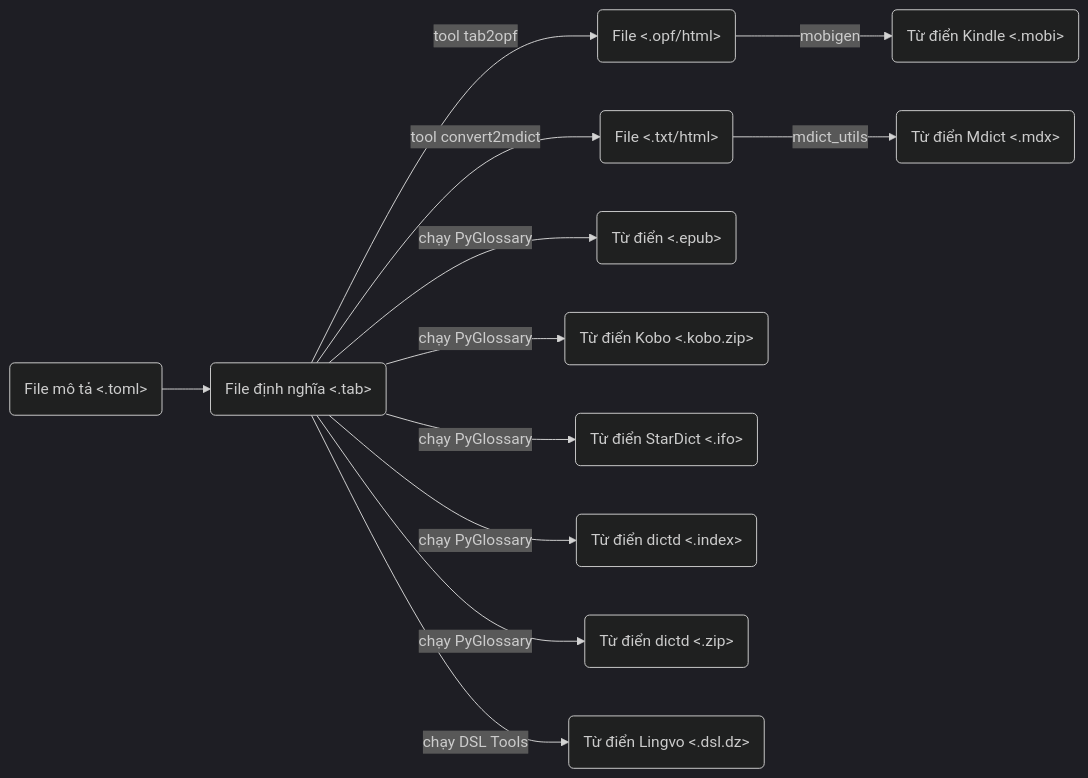
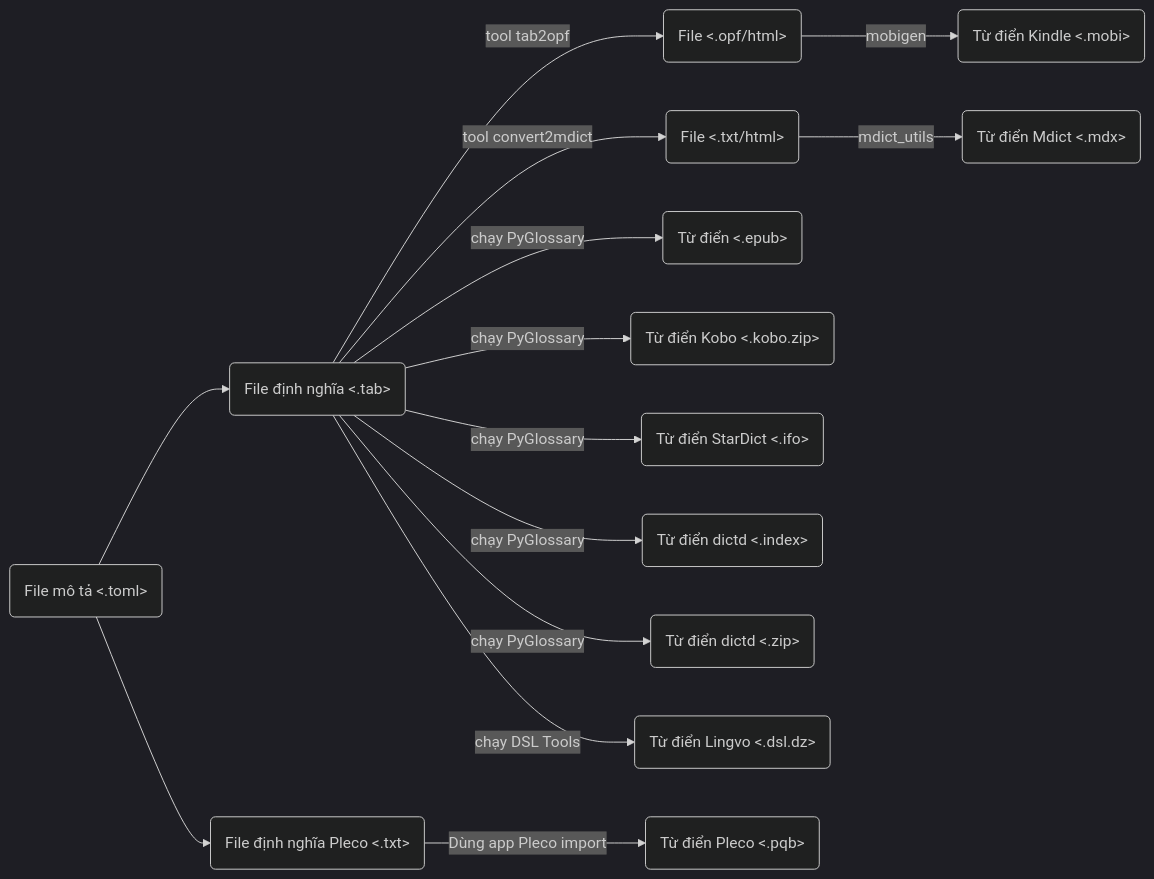
The diagram in README.md (catusf/tudien), drawn with Mermaid (dark theme) before and after one commit.

````diff
--- a/README.md
+++ b/README.md
@@ -80,12 +80,14 @@
 ```mermaid
 graph LR;
     ReadMetadata(File mô tả <.toml>) --> GenTab(File định nghĩa <.tab>);
+    ReadMetadata(File mô tả <.toml>) --> GenTxt(File định nghĩa Pleco <.txt>);
     GenTab -- tool tab2opf --> HTML_File(File <.opf/html>) -- mobigen --> KindleDict(Từ điển Kindle <.mobi>);
     GenTab -- tool convert2mdict --> HTML_TXT_File(File <.txt/html>) -- mdict_utils --> Mdict(Từ điển Mdict <.mdx>);
     GenTab -- chạy PyGlossary --> EpubDict(Từ điển <.epub>);
     GenTab -- chạy PyGlossary --> KoboDict(Từ điển Kobo <.kobo.zip>);
     GenTab -- chạy PyGlossary --> StarDict(Từ điển StarDict <.ifo>);
     GenTab -- chạy PyGlossary --> dictd(Từ điển dictd <.index>);
     GenTab -- chạy PyGlossary --> Yomitan(Từ điển dictd <.zip>);
     GenTab -- chạy DSL Tools --> DSLDict(Từ điển Lingvo <.dsl.dz>);
+    GenTxt -- Dùng app Pleco import --> Pleco_PQB(Từ điển Pleco <.pqb>);
 ```
````
